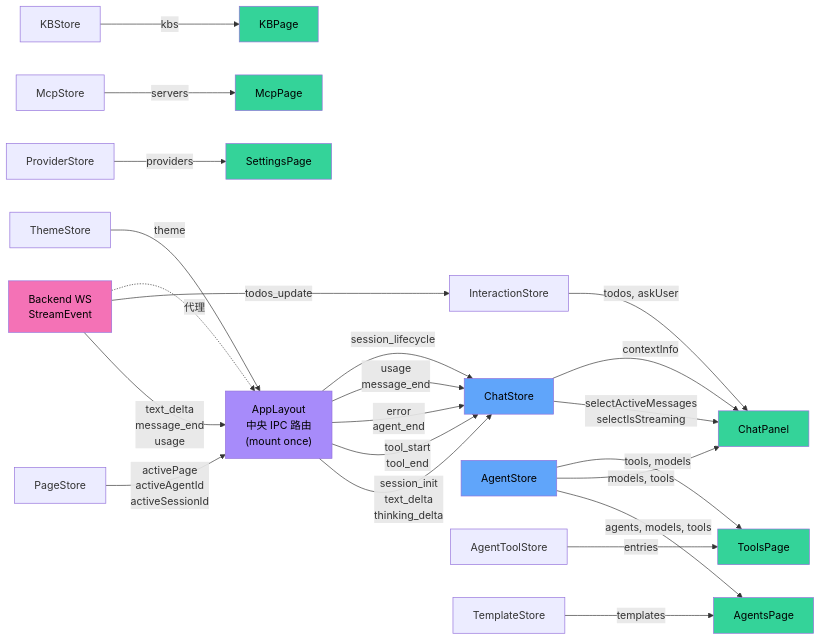
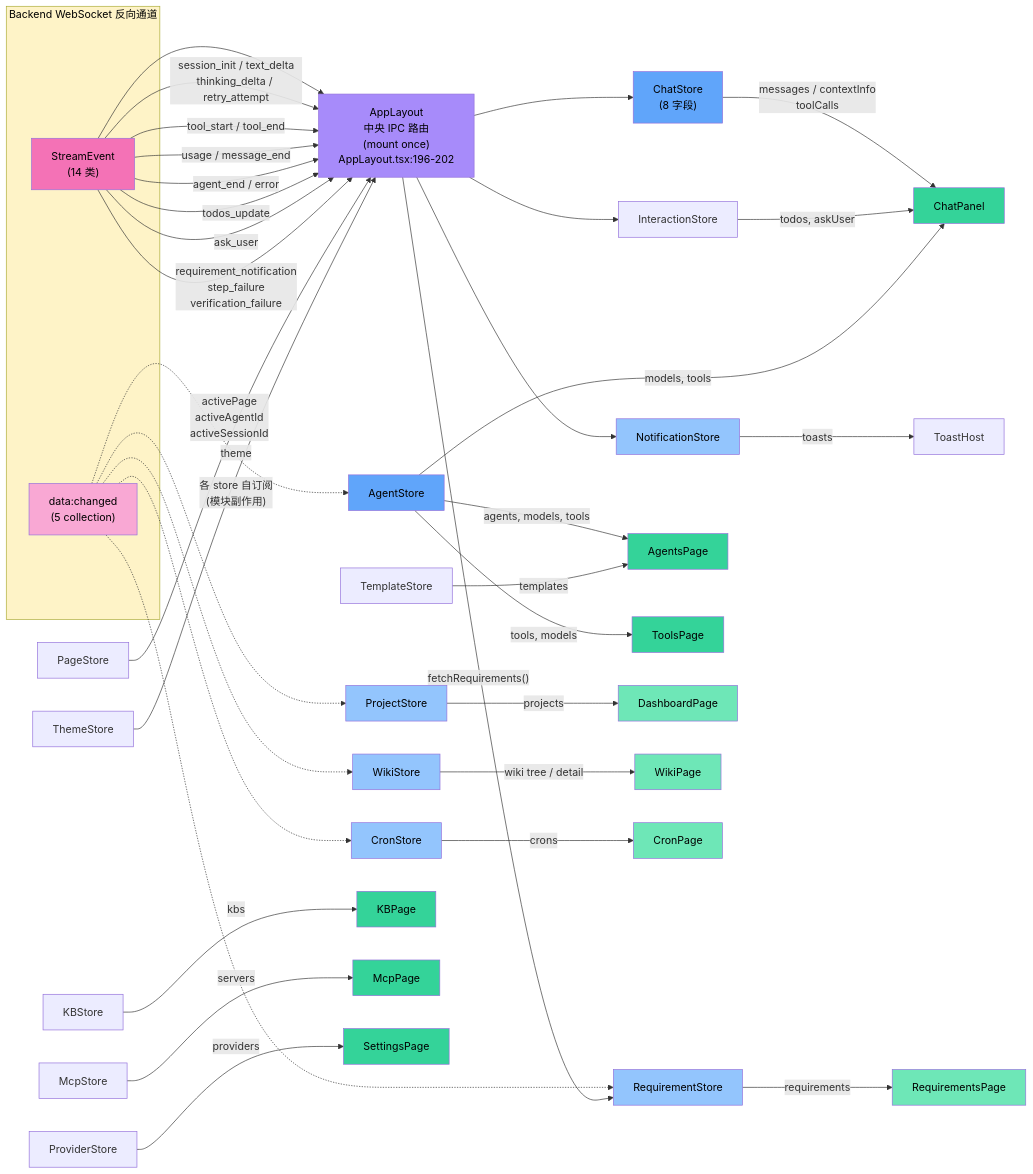
One commit to LanicBlue/zero-core changed the first of 2 diagrams in docs/arch/07-renderer-and-ipc.md. Above: the diagram before and after it, drawn with Mermaid. The commit also changed other lines of this file and 1 other file, not shown here.

Commit message:
docs(07): 重画 §3.7 Zustand Store 拓扑,补 v0.8 双路径 + 工作流域 store
旧 §3.7 图停留在 v0.7:只画 StreamEvent→AppLayout 一条边,漏了 v0.8 关键的
data:changed 第二条事件路径(各 store 自己用 data-sync.ts 订阅,不经 AppLayout),
也漏了 v0.8 工作流域全部 5 个 store(project/requirement/wiki/cron/notification),
还列了已不存在的 AgentToolStore(v0.7 残留)。本次重画为双路径图,补 5 个 store
+ 4 个工作流域页面节点,修 ChatStore 字段计数 11→8。

源码逐行核对:AppLayout.tsx:92-202 / chat-store.ts:151-158 / data-sync.ts /
5 处 subscribeDataChange 订阅点 / ls src/renderer/components/(13 目录)。

````diff
--- a/docs/arch/07-renderer-and-ipc.md
+++ b/docs/arch/07-renderer-and-ipc.md
@@ -230,45 +234,70 @@
 ```mermaid
 graph LR
-    Backend["Backend WS<br/>StreamEvent"]
-    Backend -->|"text_delta<br/>message_end<br/>usage"| AppLayout
+    subgraph WS["Backend WebSocket 反向通道"]
+        SE["StreamEvent<br/>(14 类)"]
+        DC["data:changed<br/>(5 collection)"]
+    end
 
-    Backend -->|"todos_update"| InteractionStore
-    Backend -. "代理" .-> AppLayout
+    SE --> AppLayout
+    DC -. "各 store 自订阅<br/>(模块副作用)" .-> AgentStore
+    DC -.-> ProjectStore
+    DC -.-> RequirementStore
+    DC -.-> CronStore
+    DC -.-> WikiStore
 
-    AppLayout["AppLayout<br/>中央 IPC 路由<br/>(mount once)"]
+    AppLayout["AppLayout<br/>中央 IPC 路由<br/>(mount once)<br/>AppLayout.tsx:196-202"]
+    SE -->|"session_init / text_delta<br/>thinking_delta / retry_attempt"| AppLayout
+    SE -->|"tool_start / tool_end"| AppLayout
+    SE -->|"usage / message_end"| AppLayout
+    SE -->|"agent_end / error"| AppLayout
+    SE -->|"todos_update"| AppLayout
+    SE -->|"ask_user"| AppLayout
+    SE -->|"requirement_notification<br/>step_failure<br/>verification_failure"| AppLayout
 
-    AppLayout -->|"session_init<br/>text_delta<br/>thinking_delta"| ChatStore
-    AppLayout -->|"tool_start<br/>tool_end"| ChatStore
-    AppLayout -->|"error<br/>agent_end"| ChatStore
-    AppLayout -->|"usage<br/>message_end"| ChatStore
+    AppLayout --> ChatStore["ChatStore<br/>(8 字段)"]
+    AppLayout --> InteractionStore
+    AppLayout --> NotificationStore
+    AppLayout -->|"fetchRequirements()"| RequirementStore
 
-    AppLayout -->|"session_lifecycle"| ChatStore
-
-    ChatStore -->|"selectActiveMessages<br/>selectIsStreaming"| ChatPanel
-    ChatStore -->|"contextInfo"| ChatPanel
+    ChatStore -->|"messages / contextInfo<br/>toolCalls"| ChatPanel
+    InteractionStore -->|"todos, askUser"| ChatPanel
+    NotificationStore -->|"toasts"| ToastHost
 
     AgentStore -->|"agents, models, tools"| AgentsPage
     AgentStore -->|"models, tools"| ChatPanel
     AgentStore -->|"tools, models"| ToolsPage
+    TemplateStore -->|"templates"| AgentsPage
 
-    AgentToolStore -->|"entries"| ToolsPage
+    ProjectStore -->|"projects"| DashboardPage
+    RequirementStore -->|"requirements"| RequirementsPage
+    WikiStore -->|"wiki tree / detail"| WikiPage
+    CronStore -->|"crons"| CronPage
 
     KBStore -->|"kbs"| KBPage
     McpStore -->|"servers"| McpPage
     ProviderStore -->|"providers"| SettingsPage
-    TemplateStore -->|"templates"| AgentsPage
     PageStore -->|"activePage<br/>activeAgentId<br/>activeSessionId"| AppLayout
     ThemeStore -->|"theme"| AppLayout
-    InteractionStore -->|"todos, askUser"| ChatPanel
 
-    style Backend fill:#f472b6,color:#000
+    style WS fill:#fef3c7,color:#000
+    style SE fill:#f472b6,color:#000
+    style DC fill:#f9a8d4,color:#000
     style AppLayout fill:#a78bfa,color:#000
     style ChatStore fill:#60a5fa,color:#000
     style AgentStore fill:#60a5fa,color:#000
+    style ProjectStore fill:#93c5fd,color:#000
+    style RequirementStore fill:#93c5fd,color:#000
+    style WikiStore fill:#93c5fd,color:#000
+    style CronStore fill:#93c5fd,color:#000
+    style NotificationStore fill:#93c5fd,color:#000
     style ChatPanel fill:#34d399,color:#000
     style AgentsPage fill:#34d399,color:#000
     style ToolsPage fill:#34d399,color:#000
     style KBPage fill:#34d399,color:#000
     style McpPage fill:#34d399,color:#000
     style SettingsPage fill:#34d399,color:#000
+    style RequirementsPage fill:#6ee7b7,color:#000
+    style WikiPage fill:#6ee7b7,color:#000
+    style CronPage fill:#6ee7b7,color:#000
+    style DashboardPage fill:#6ee7b7,color:#000
 ```
````
